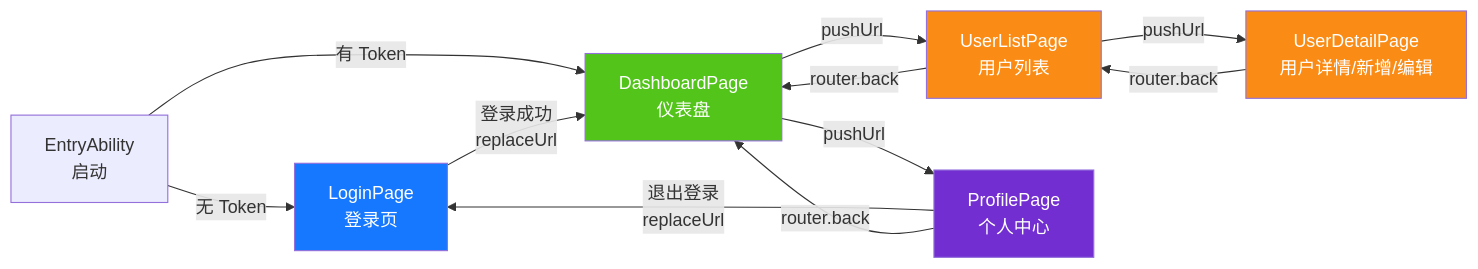
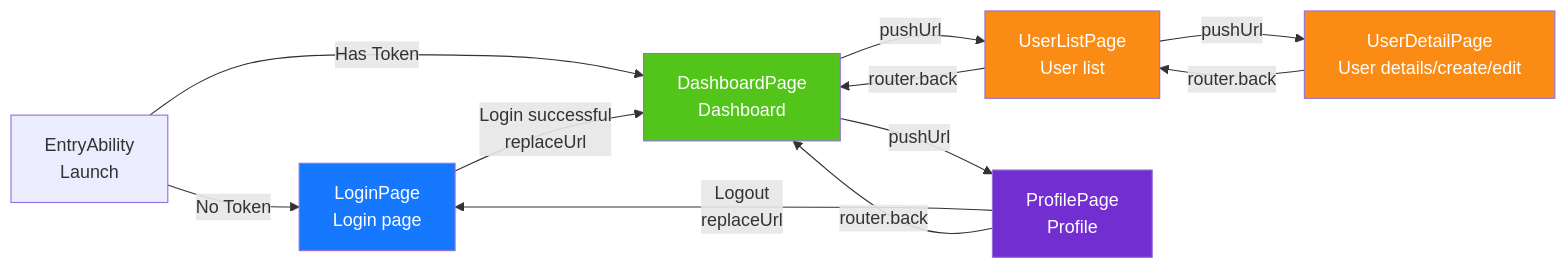
Diagram 12 of 14 in admin/docs/ARCHITECTURE.en.md (erikwang2013/game-platform-php), drawn with Mermaid before and after one commit. The commit also changed other lines of this file and 211 other files, not shown here.

First line of the commit message:
fix: 支付配置读回类型根治、提现事件对账巡检，12 语族 mermaid 与 API 标签本地化

````diff
--- a/admin/docs/ARCHITECTURE.en.md
+++ b/admin/docs/ARCHITECTURE.en.md
@@ -573,24 +573,24 @@
 ```mermaid
 flowchart LR
-    EA["EntryAbility<br/>启动"]
-    EA -->|"无 Token"| LP["LoginPage<br/>登录页"]
-    EA -->|"有 Token"| DP["DashboardPage<br/>仪表盘"]
+    EA["EntryAbility<br/>Launch"]
+    EA -->|"No Token"| LP["LoginPage<br/>Login page"]
+    EA -->|"Has Token"| DP["DashboardPage<br/>Dashboard"]
 
-    LP -->|"登录成功<br/>replaceUrl"| DP
+    LP -->|"Login successful<br/>replaceUrl"| DP
 
-    DP -->|"pushUrl"| ULP["UserListPage<br/>用户列表"]
-    DP -->|"pushUrl"| PP["ProfilePage<br/>个人中心"]
+    DP -->|"pushUrl"| ULP["UserListPage<br/>User list"]
+    DP -->|"pushUrl"| PP["ProfilePage<br/>Profile"]
 
-    ULP -->|"pushUrl"| UDP["UserDetailPage<br/>用户详情/新增/编辑"]
+    ULP -->|"pushUrl"| UDP["UserDetailPage<br/>User details/create/edit"]
     ULP -->|"router.back"| DP
     UDP -->|"router.back"| ULP
 
-    PP -->|"退出登录<br/>replaceUrl"| LP
+    PP -->|"Logout<br/>replaceUrl"| LP
     PP -->|"router.back"| DP
 
     style LP fill:#1677FF,color:#fff
     style DP fill:#52C41A,color:#fff
     style ULP fill:#FA8C16,color:#fff
     style UDP fill:#FA8C16,color:#fff
     style PP fill:#722ED1,color:#fff
 ```
````
